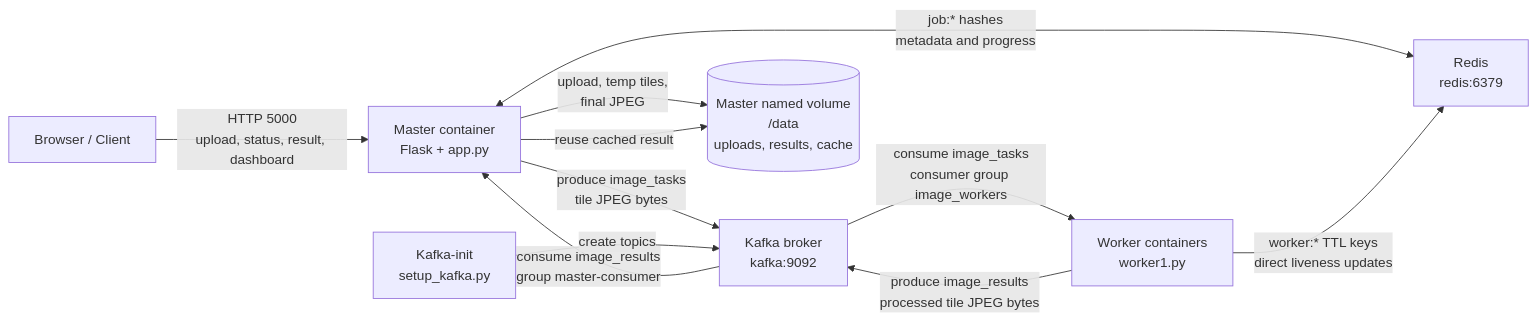
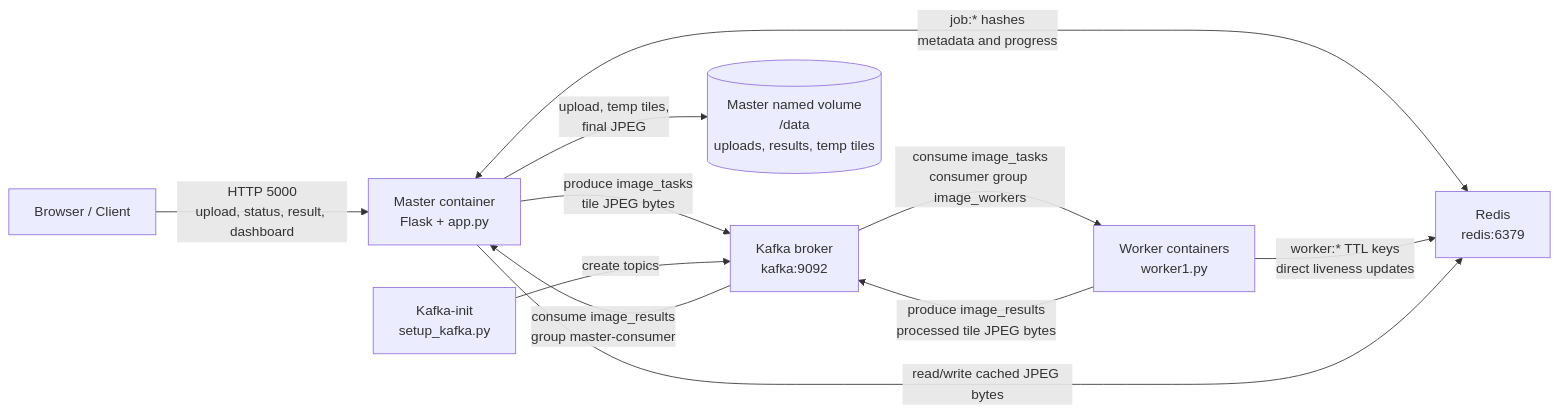
The first of 6 diagrams in ARCHITECTURE.md (Sanjit2/Distributed-Image-Processing-System), drawn with Mermaid before and after one commit. The commit also changed other lines of this file and 5 other files, not shown here.

Commit message:
Store image cache in Redis

````diff
--- a/ARCHITECTURE.md
+++ b/ARCHITECTURE.md
@@ -31,23 +35,23 @@
 ```mermaid
 flowchart LR
     Client["Browser / Client"]
     Master["Master container<br/>Flask + app.py"]
     Kafka["Kafka broker<br/>kafka:9092"]
     Redis["Redis<br/>redis:6379"]
     Init["Kafka-init<br/>setup_kafka.py"]
     W1["Worker containers<br/>worker1.py"]
-    Storage[("Master named volume<br/>/data<br/>uploads, results, cache")]
+    Storage[("Master named volume<br/>/data<br/>uploads, results, temp tiles")]
 
     Client -->|"HTTP 5000<br/>upload, status, result, dashboard"| Master
     Master -->|"produce image_tasks<br/>tile JPEG bytes"| Kafka
     Kafka -->|"consume image_tasks<br/>consumer group image_workers"| W1
     W1 -->|"produce image_results<br/>processed tile JPEG bytes"| Kafka
     Kafka -->|"consume image_results<br/>group master-consumer"| Master
 
     Master <-->|"job:* hashes<br/>metadata and progress"| Redis
     W1 -->|"worker:* TTL keys<br/>direct liveness updates"| Redis
     Master -->|"upload, temp tiles,<br/>final JPEG"| Storage
-    Master -->|"reuse cached result"| Storage
+    Master -->|"read/write cached JPEG bytes"| Redis
 
     Init -->|"create topics"| Kafka
 ```
````
